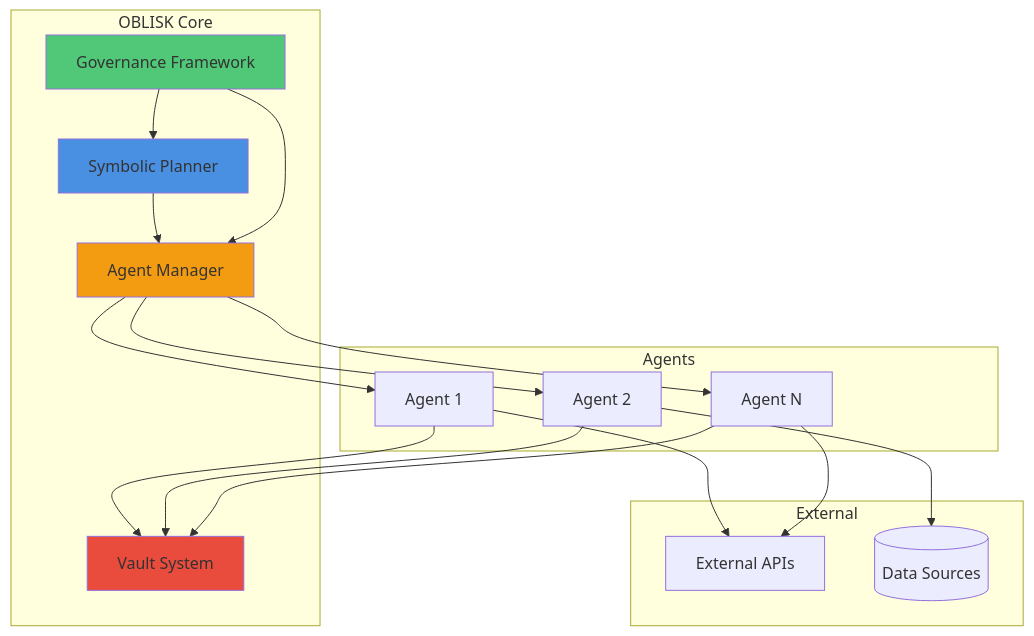
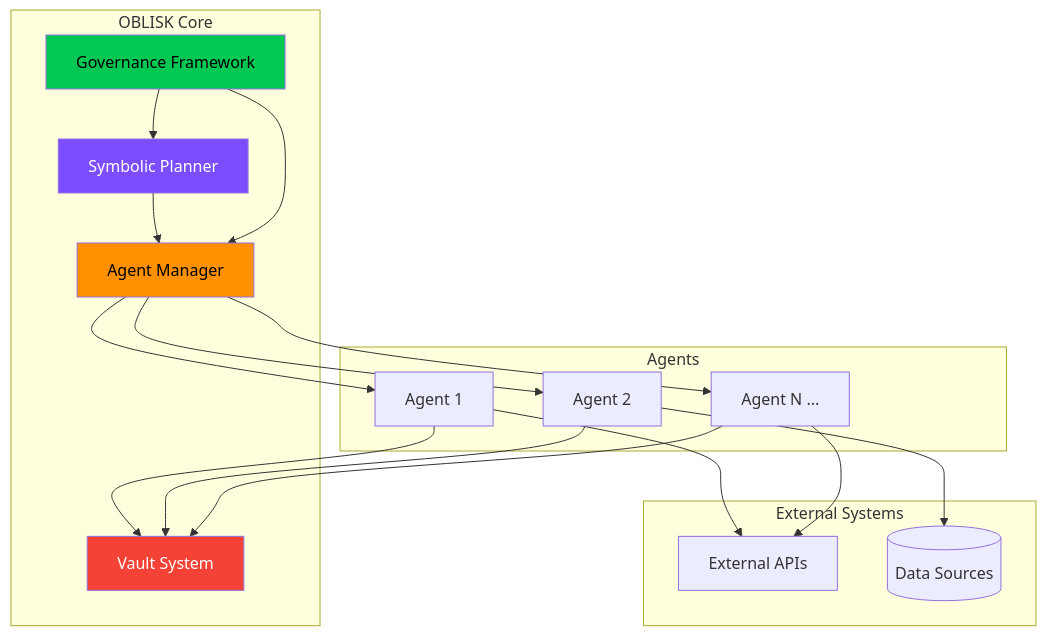
The diagram in README.md (POWDER-RANGER/OBLISK), drawn with Mermaid before and after one commit. The commit also changed other lines of this file, not shown here.

Commit message:
🔥 Enhanced README with purple theme, Mermaid diagrams, and ecosystem links

````diff
--- a/README.md
+++ b/README.md
@@ -69,41 +36,41 @@
 ```mermaid
 graph TB
     subgraph "OBLISK Core"
         SP[Symbolic Planner]
         AM[Agent Manager]
         V[Vault System]
         GF[Governance Framework]
     end
     
     subgraph "Agents"
         A1[Agent 1]
         A2[Agent 2]
-        A3[Agent N]
+        A3[Agent N ...]
     end
     
-    subgraph "External"
+    subgraph "External Systems"
         API[External APIs]
         DB[(Data Sources)]
     end
     
     SP --> AM
     AM --> A1
     AM --> A2
     AM --> A3
     
     A1 --> V
     A2 --> V
     A3 --> V
     
     GF --> SP
     GF --> AM
     
     A1 --> API
     A2 --> DB
     A3 --> API
     
-    style SP fill:#4a90e2
-    style V fill:#e94b3c
-    style GF fill:#50c878
-    style AM fill:#f39c12
+    style SP fill:#7C4DFF,color:#fff
+    style V fill:#F44336,color:#fff
+    style GF fill:#00C853,color:#000
+    style AM fill:#FF9100,color:#000
 ```
````
